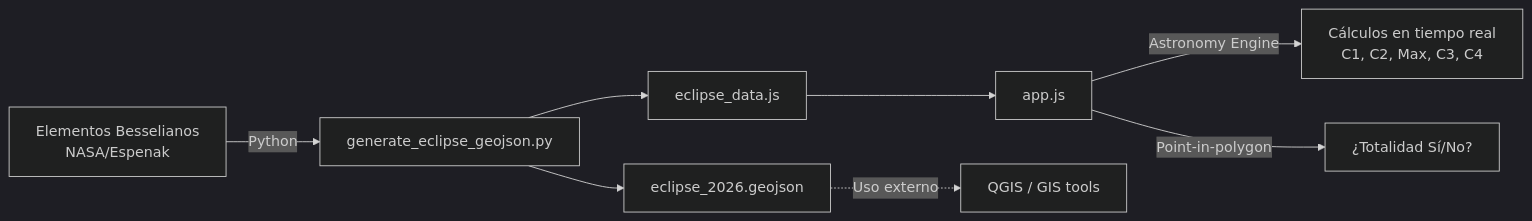
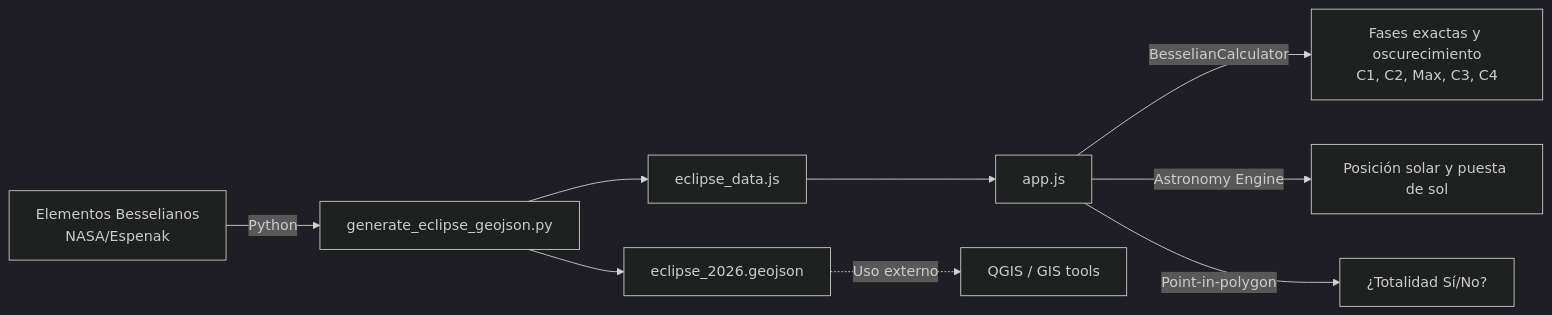
One commit to MarcoPro/spaineclipse2026 changed the diagram in README.md. Above: the diagram before and after it, drawn with Mermaid (dark theme). The commit also changed other lines of this file and 10 other files, not shown here.

````diff
--- a/README.md
+++ b/README.md
@@ -55,10 +55,11 @@
 ```mermaid
 graph LR
     A[Elementos Besselianos<br>NASA/Espenak] -->|Python| B[generate_eclipse_geojson.py]
     B --> C[eclipse_2026.geojson]
     B --> D[eclipse_data.js]
     D --> E[app.js]
-    E -->|Astronomy Engine| F[Cálculos en tiempo real<br>C1, C2, Max, C3, C4]
+    E -->|BesselianCalculator| F[Fases exactas y oscurecimiento<br>C1, C2, Max, C3, C4]
+    E -->|Astronomy Engine| I[Posición solar y puesta de sol]
     E -->|Point-in-polygon| G[¿Totalidad Sí/No?]
     C -.->|Uso externo| H[QGIS / GIS tools]
 ```
````
